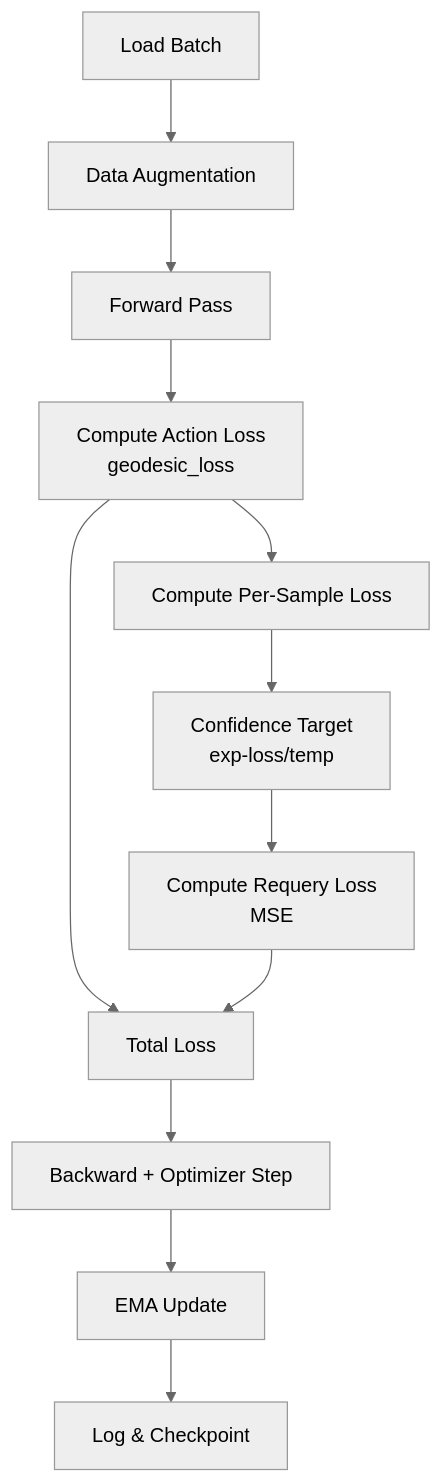
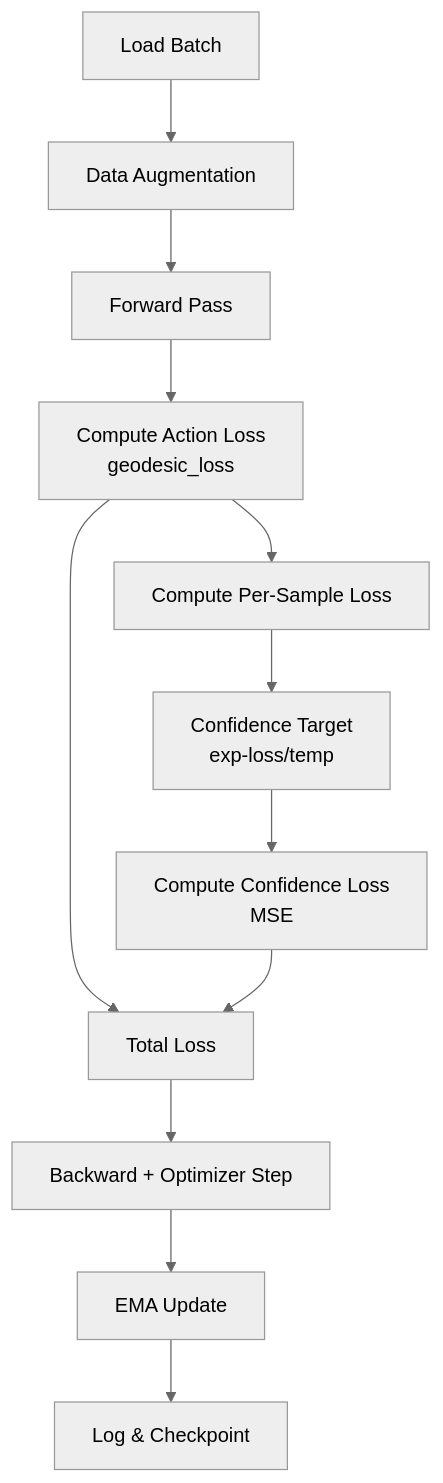
Before and after one commit to Thoooomas14/Axis: the diagram in docs/training_process.md, drawn with Mermaid (neutral theme). The commit also changed other lines of this file and 27 other files, not shown here.

````diff
--- a/docs/training_process.md
+++ b/docs/training_process.md
@@ -234,14 +234,14 @@
 ```mermaid
 graph TD
     A[Load Batch] --> B[Data Augmentation]
     B --> C[Forward Pass]
     C --> D[Compute Action Loss<br/>geodesic_loss]
     D --> E[Compute Per-Sample Loss]
     E --> F[Confidence Target<br/>exp-loss/temp]
-    F --> G[Compute Requery Loss<br/>MSE]
+    F --> G[Compute Confidence Loss<br/>MSE]
     D --> H[Total Loss]
     G --> H
     H --> I[Backward + Optimizer Step]
     I --> J[EMA Update]
     J --> K[Log & Checkpoint]
 ```
````
